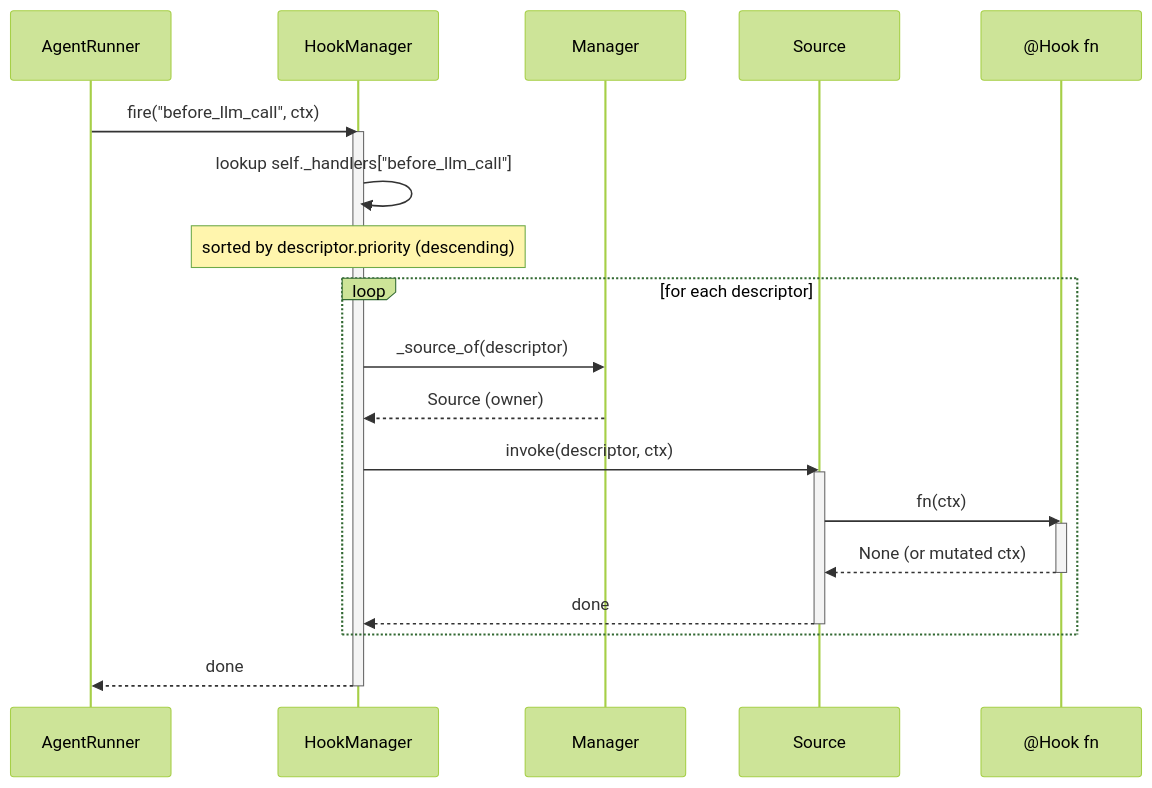
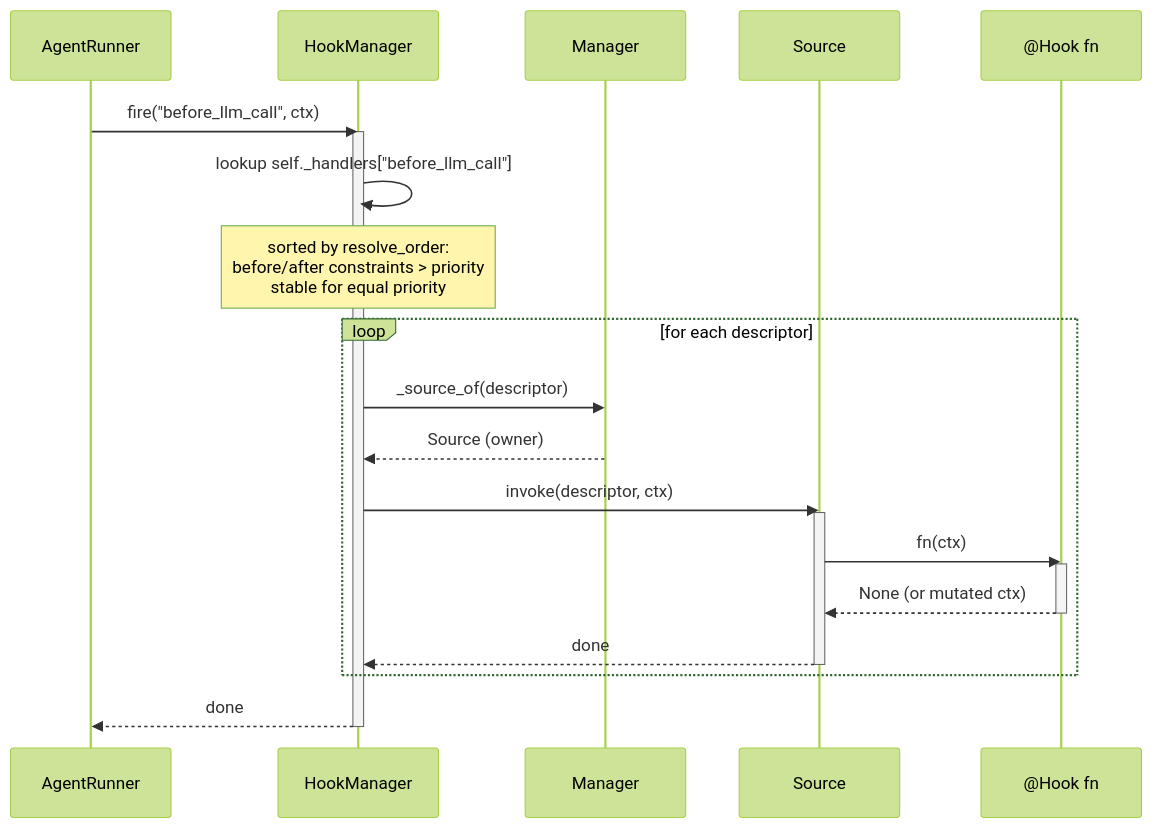
Before and after one commit to matrixd0t/commamatrix: the first of 13 diagrams in visuals.md, drawn with Mermaid (forest theme). The commit also changed other lines of this file and 52 other files, not shown here.

````diff
--- a/visuals.md
+++ b/visuals.md
@@ -5,30 +5,30 @@
 ```mermaid
 sequenceDiagram
     participant Runner as AgentRunner
     participant HM as HookManager
     participant ExtMgr as Manager
     participant Sources as Source
     participant Handler as @Hook fn
 
     Runner->>HM: fire("before_llm_call", ctx)
     activate HM
 
     HM->>HM: lookup self._handlers["before_llm_call"]
-    Note over HM: sorted by descriptor.priority (descending)
+    Note over HM: sorted by resolve_order:<br/>before/after constraints > priority<br/>stable for equal priority
 
     loop for each descriptor
         HM->>ExtMgr: _source_of(descriptor)
         ExtMgr-->>HM: Source (owner)
         HM->>Sources: invoke(descriptor, ctx)
         activate Sources
         Sources->>Handler: fn(ctx)
         activate Handler
         Handler-->>Sources: None (or mutated ctx)
         deactivate Handler
         Sources-->>HM: done
         deactivate Sources
     end
 
     HM-->>Runner: done
     deactivate HM
 ```
````
